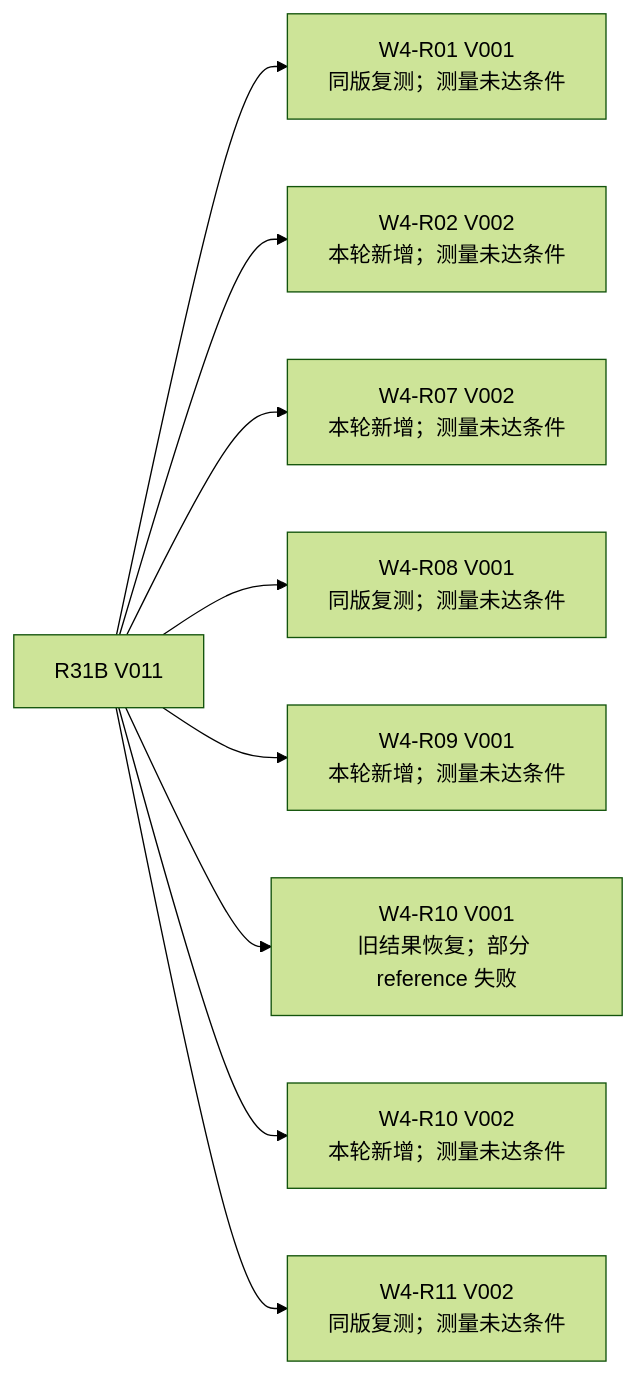
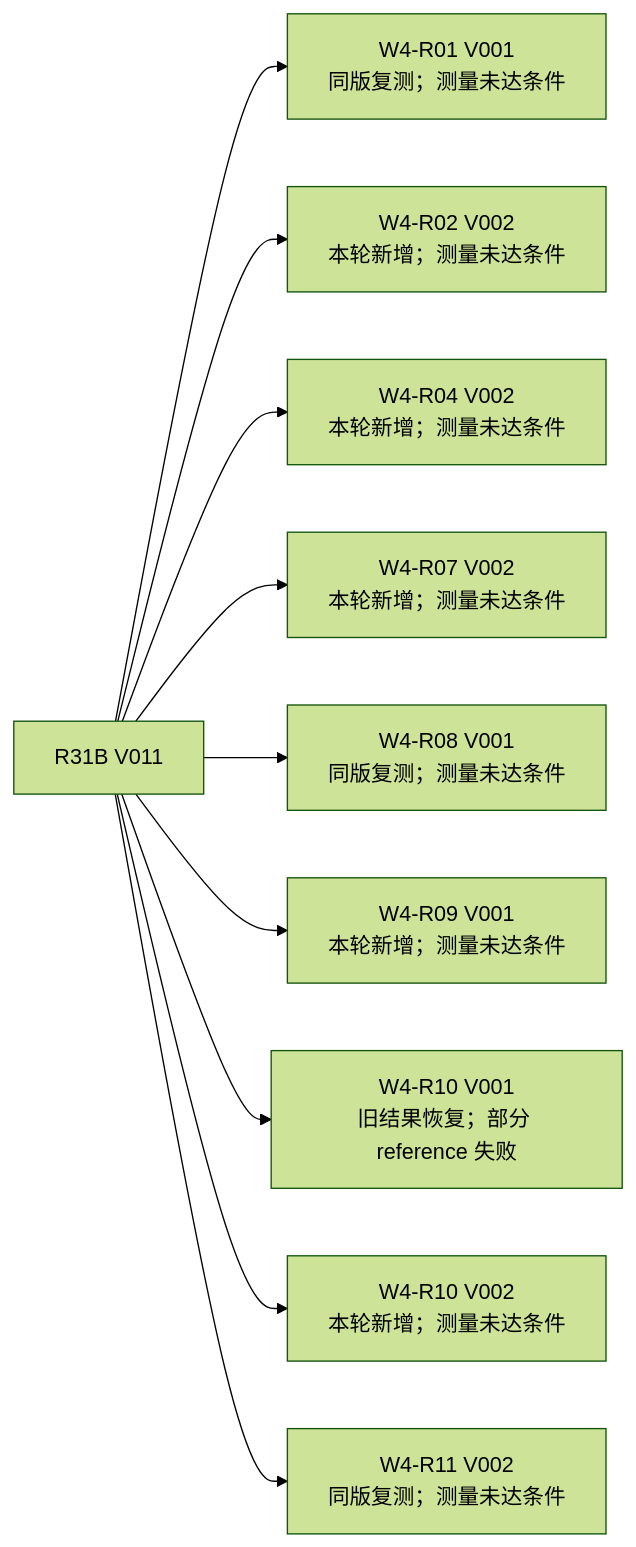
One commit to sxyq/CANN changed the first of 4 diagrams in 技术路线/技术路线图.md. Above: the diagram before and after it, drawn with Mermaid (forest theme). The commit also changed other lines of this file and 3 other files, not shown here.

````diff
--- a/技术路线/技术路线图.md
+++ b/技术路线/技术路线图.md
@@ -41,12 +41,13 @@
 ```mermaid
 flowchart LR
   p["R31B V011"]
   p --> r01["W4-R01 V001<br/>同版复测；测量未达条件"]
   p --> r02["W4-R02 V002<br/>本轮新增；测量未达条件"]
+  p --> r04["W4-R04 V002<br/>本轮新增；测量未达条件"]
   p --> r07["W4-R07 V002<br/>本轮新增；测量未达条件"]
   p --> r08["W4-R08 V001<br/>同版复测；测量未达条件"]
   p --> r09["W4-R09 V001<br/>本轮新增；测量未达条件"]
   p --> r10["W4-R10 V001<br/>旧结果恢复；部分 reference 失败"]
   p --> r10v2["W4-R10 V002<br/>本轮新增；测量未达条件"]
   p --> r11["W4-R11 V002<br/>同版复测；测量未达条件"]
 ```
````
